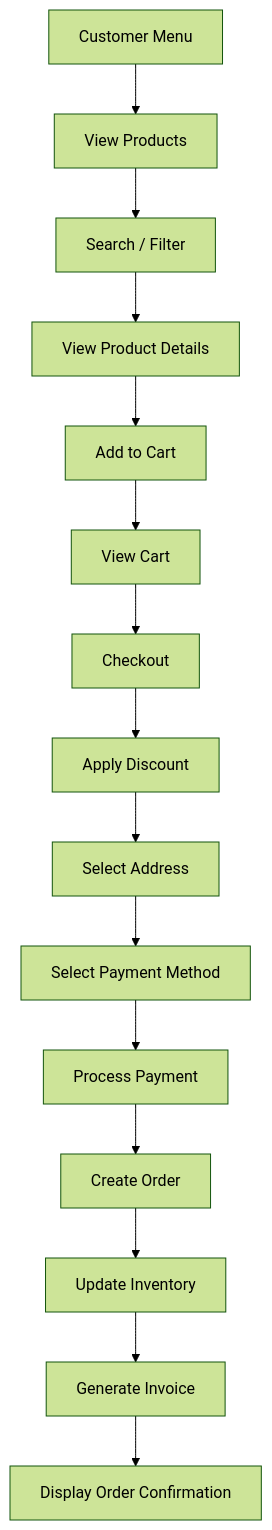
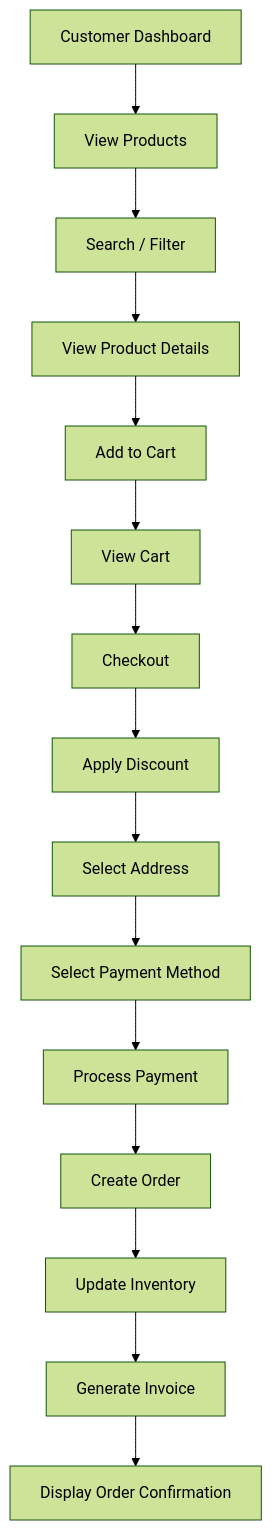
Before and after one commit to IshanWankhede/EcomFlow: the fourth of 5 diagrams in README.md, drawn with Mermaid (forest theme). The commit also changed other lines of this file and 2 other files, not shown here.

````diff
--- a/README.md
+++ b/README.md
@@ -445,17 +472,17 @@
 ```mermaid
 flowchart TD
-    A[Customer Menu] --> B[View Products]
+    A[Customer Dashboard] --> B[View Products]
     B --> C[Search / Filter]
     C --> D[View Product Details]
     D --> E[Add to Cart]
     E --> F[View Cart]
     F --> G[Checkout]
     G --> H[Apply Discount]
     H --> I[Select Address]
     I --> J[Select Payment Method]
     J --> K[Process Payment]
     K --> L[Create Order]
     L --> M[Update Inventory]
     M --> N[Generate Invoice]
     N --> O[Display Order Confirmation]
 ```
````
